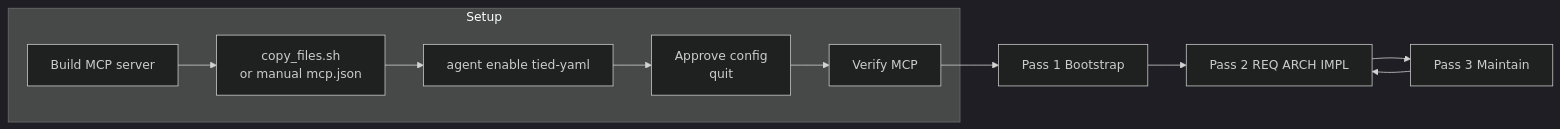
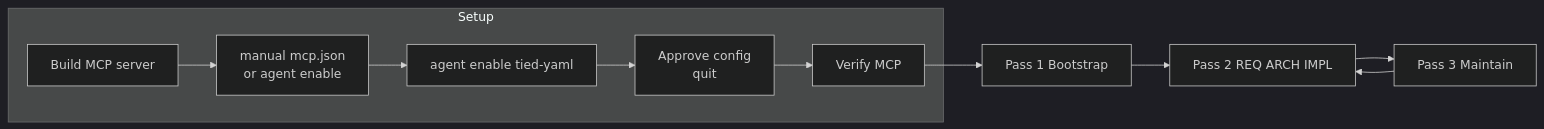
The diagram in tied/docs/adding-tied-mcp-and-invoking-passes.md (fareedst/bkpdir), drawn with Mermaid (dark theme) before and after one commit. The commit also changed other lines of this file and 251 other files, not shown here.

````diff
--- a/tied/docs/adding-tied-mcp-and-invoking-passes.md
+++ b/tied/docs/adding-tied-mcp-and-invoking-passes.md
@@ -200,18 +188,18 @@
 ```mermaid
 flowchart LR
   subgraph setupFlow [Setup]
     BuildMcp[Build MCP server]
-    McpConfig["copy_files.sh\nor manual mcp.json"]
+    McpConfig["manual mcp.json\nor agent enable"]
     AgentEnable["agent enable tied-yaml"]
     ApproveQuit["Approve config\nquit"]
     VerifySetup[Verify MCP]
     BuildMcp --> McpConfig --> AgentEnable --> ApproveQuit --> VerifySetup
   end
   Pass1[Pass 1 Bootstrap]
   Pass2[Pass 2 REQ ARCH IMPL]
   Pass3[Pass 3 Maintain]
   VerifySetup --> Pass1
   Pass1 --> Pass2
   Pass2 --> Pass3
   Pass3 --> Pass2
 ```
````
